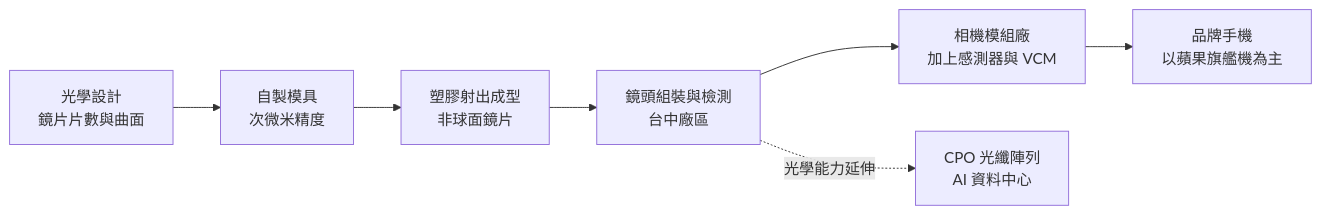
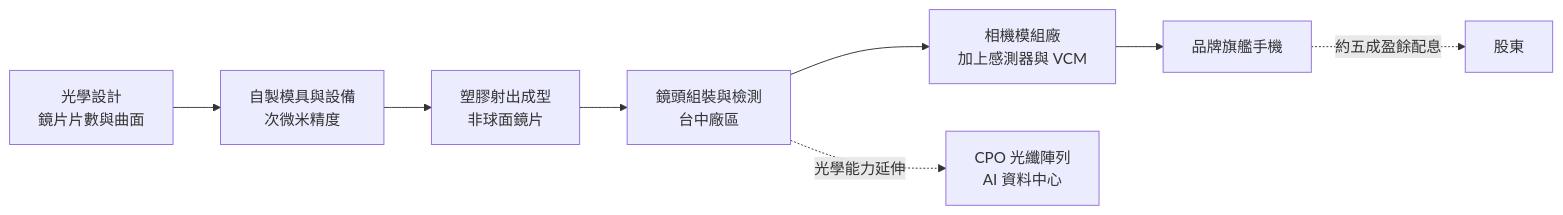
One commit to wangnick1004/taiwan-stock-vault changed the second of 4 diagrams in 個股/台股/3008大立光.md. Above: the diagram before and after it, drawn with Mermaid. The commit also changed other lines of this file and 7 other files, not shown here.

````diff
--- a/個股/台股/3008大立光.md
+++ b/個股/台股/3008大立光.md
@@ -69,9 +69,10 @@
 ```mermaid
 flowchart LR
-    A["光學設計<br/>鏡片片數與曲面"] --> B["自製模具<br/>次微米精度"]
+    A["光學設計<br/>鏡片片數與曲面"] --> B["自製模具與設備<br/>次微米精度"]
     B --> C["塑膠射出成型<br/>非球面鏡片"]
     C --> D["鏡頭組裝與檢測<br/>台中廠區"]
     D --> E["相機模組廠<br/>加上感測器與 VCM"]
-    E --> F["品牌手機<br/>以蘋果旗艦機為主"]
+    E --> F["品牌旗艦手機"]
     D -. 光學能力延伸 .-> G["CPO 光纖陣列<br/>AI 資料中心"]
+    F -. 約五成盈餘配息 .-> H[股東]
 ```
````
